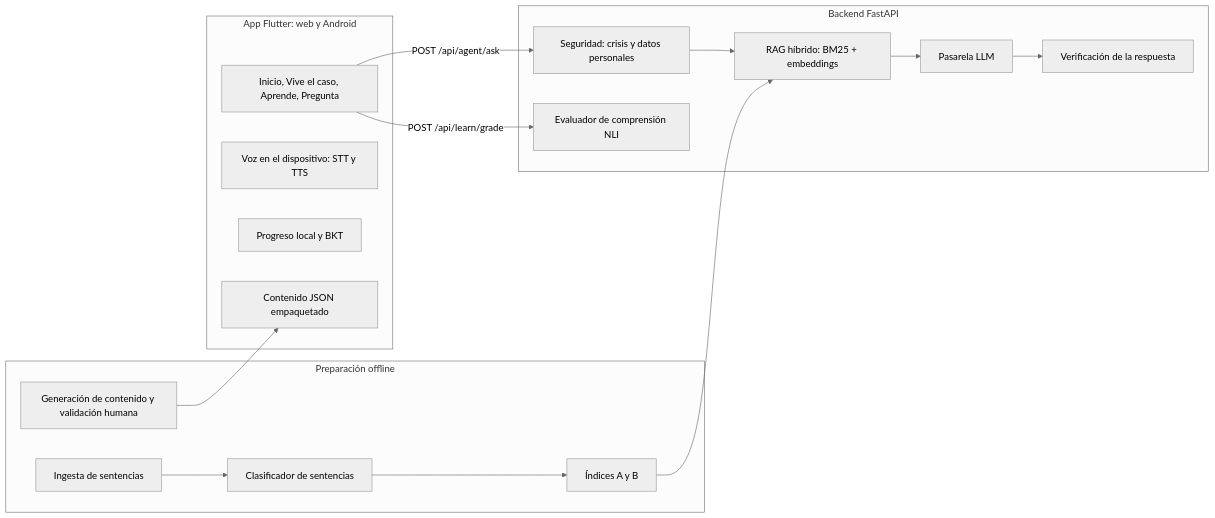
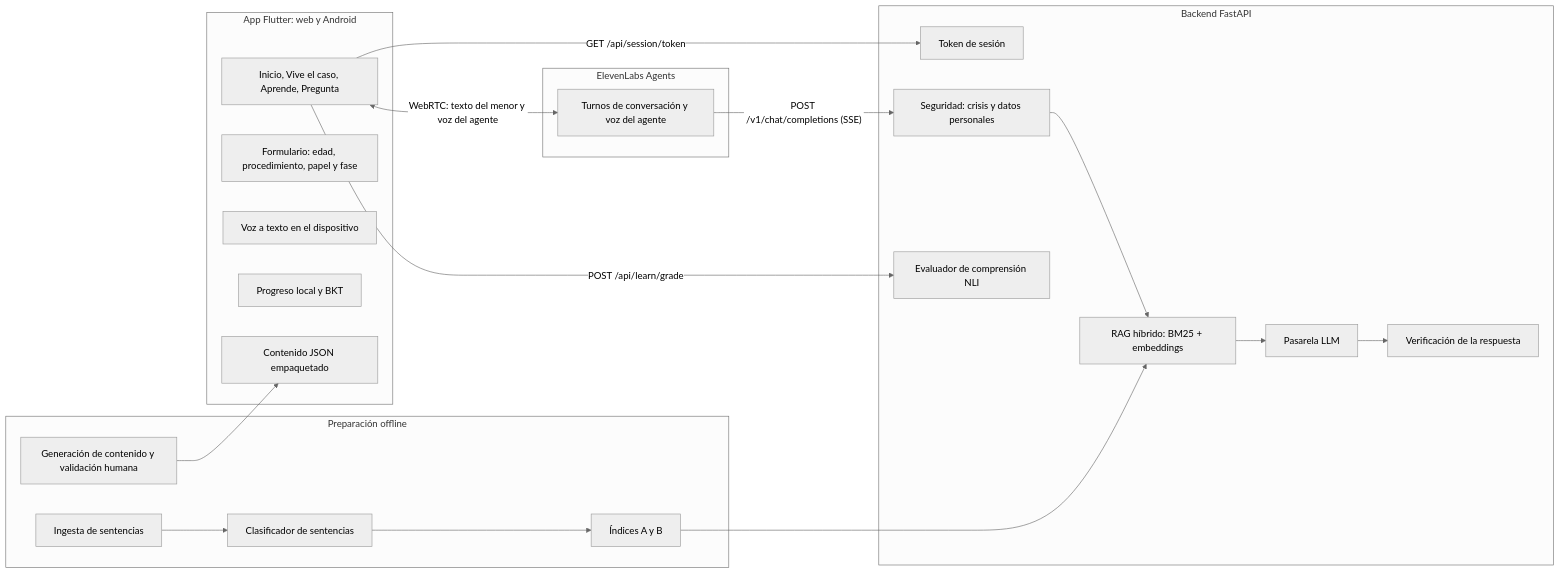
One commit to Aliassdev/Hackaton-DataForum-2026 changed the first of 2 diagrams in docs/ARQUITECTURA.md. Above: the diagram before and after it, drawn with Mermaid (neutral theme). The commit also changed other lines of this file and 1 other file, not shown here.

First line of the commit message:
docs: alinear la arquitectura con el reto 2 y adoptar ElevenLabs como fase 1 (v1.1)

````diff
--- a/docs/ARQUITECTURA.md
+++ b/docs/ARQUITECTURA.md
@@ -124,28 +170,35 @@
 ```mermaid
 flowchart LR
   subgraph APP["App Flutter: web y Android"]
     UI["Inicio, Vive el caso, Aprende, Pregunta"]
-    VOZ["Voz en el dispositivo: STT y TTS"]
+    ONB["Formulario: edad, procedimiento, papel y fase"]
+    VOZ["Voz a texto en el dispositivo"]
     LOCAL["Progreso local y BKT"]
     ASSETS["Contenido JSON empaquetado"]
   end
+  subgraph ELV["ElevenLabs Agents"]
+    AG["Turnos de conversación y voz del agente"]
+  end
   subgraph API["Backend FastAPI"]
+    TOK["Token de sesión"]
     SEG["Seguridad: crisis y datos personales"]
     RAG["RAG híbrido: BM25 + embeddings"]
     LLM["Pasarela LLM"]
     VER["Verificación de la respuesta"]
     NLI["Evaluador de comprensión NLI"]
   end
   subgraph OFF["Preparación offline"]
     ING["Ingesta de sentencias"]
     CLS["Clasificador de sentencias"]
     IDX["Índices A y B"]
     GEN["Generación de contenido y validación humana"]
   end
-  UI -->|"POST /api/agent/ask"| SEG
+  UI -->|"GET /api/session/token"| TOK
+  UI <-->|"WebRTC: texto del menor y voz del agente"| AG
+  AG -->|"POST /v1/chat/completions (SSE)"| SEG
   SEG --> RAG --> LLM --> VER
   UI -->|"POST /api/learn/grade"| NLI
   ING --> CLS --> IDX
   IDX --> RAG
   GEN --> ASSETS
 ```
````
